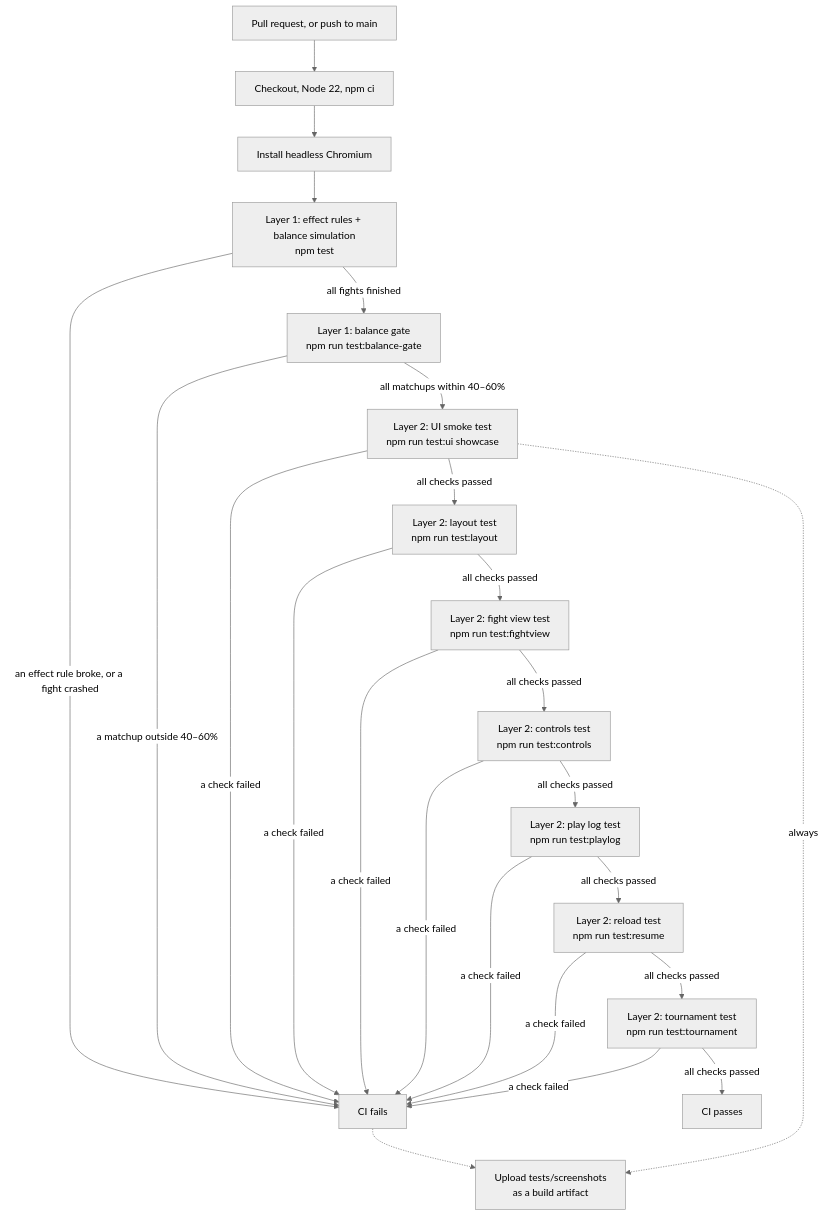
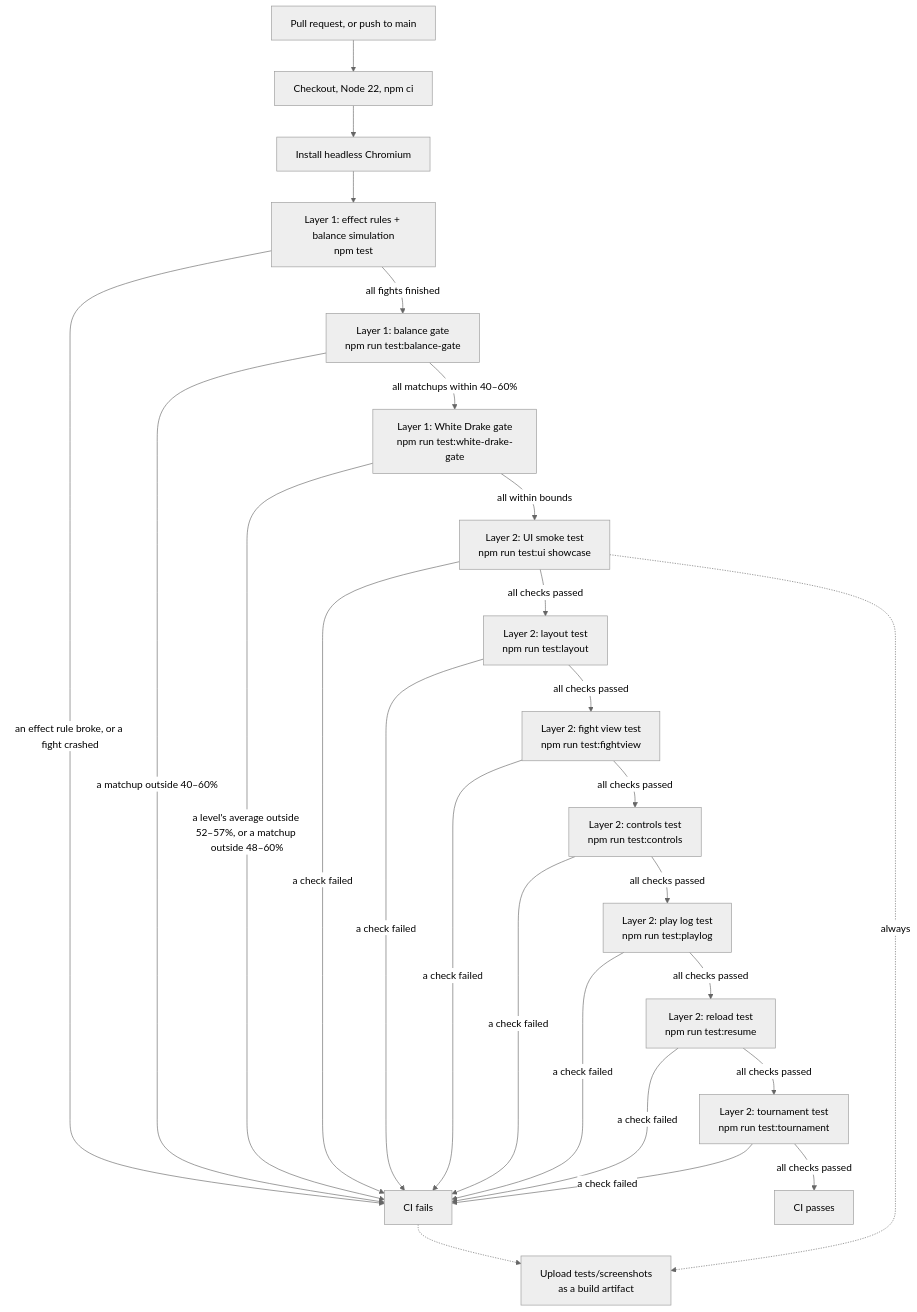
Before and after one commit to Heaxyle/drake-arena: the diagram in TESTING.md, drawn with Mermaid (neutral theme). The commit also changed other lines of this file and 19 other files, not shown here.

First line of the commit message:
The streamer's White Drake: its own kit, the !дракон switch, tournaments (#27)

````diff
--- a/TESTING.md
+++ b/TESTING.md
@@ -12,26 +12,28 @@
 ```mermaid
 flowchart TD
     A[Pull request, or push to main] --> B[Checkout, Node 22, npm ci]
     B --> C[Install headless Chromium]
     C --> D["Layer 1: effect rules + balance simulation<br/>npm test"]
     D -->|an effect rule broke, or a fight crashed| X[CI fails]
     D -->|all fights finished| G["Layer 1: balance gate<br/>npm run test:balance-gate"]
     G -->|a matchup outside 40–60%| X
-    G -->|all matchups within 40–60%| E["Layer 2: UI smoke test<br/>npm run test:ui showcase"]
+    G -->|all matchups within 40–60%| WD["Layer 1: White Drake gate<br/>npm run test:white-drake-gate"]
+    WD -->|a level's average outside 52–57%, or a matchup outside 48–60%| X
+    WD -->|all within bounds| E["Layer 2: UI smoke test<br/>npm run test:ui showcase"]
     E -->|a check failed| X
     E -->|all checks passed| L["Layer 2: layout test<br/>npm run test:layout"]
     L -->|a check failed| X
     L -->|all checks passed| V["Layer 2: fight view test<br/>npm run test:fightview"]
     V -->|a check failed| X
     V -->|all checks passed| K["Layer 2: controls test<br/>npm run test:controls"]
     K -->|a check failed| X
     K -->|all checks passed| PL["Layer 2: play log test<br/>npm run test:playlog"]
     PL -->|a check failed| X
     PL -->|all checks passed| R["Layer 2: reload test<br/>npm run test:resume"]
     R -->|a check failed| X
     R -->|all checks passed| T["Layer 2: tournament test<br/>npm run test:tournament"]
     T -->|a check failed| X
     T -->|all checks passed| P[CI passes]
     E -.->|always| S[Upload tests/screenshots<br/>as a build artifact]
     X -.-> S
 ```
````
